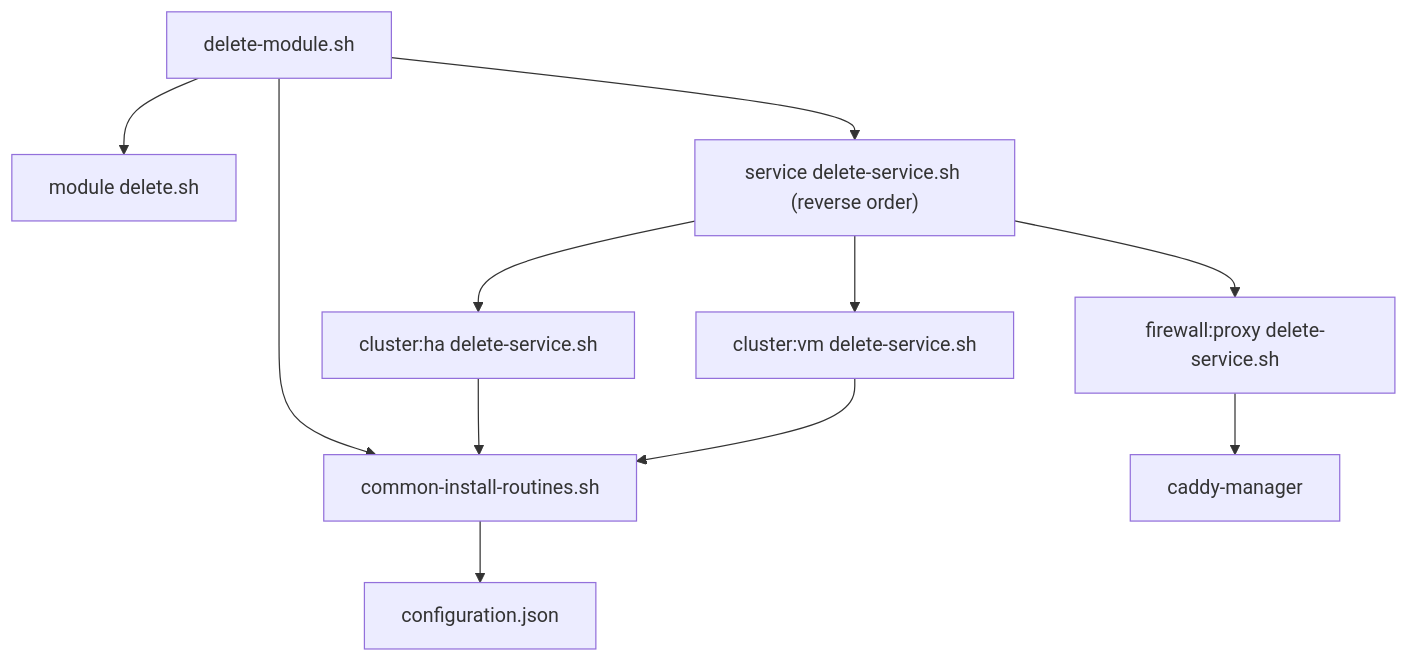
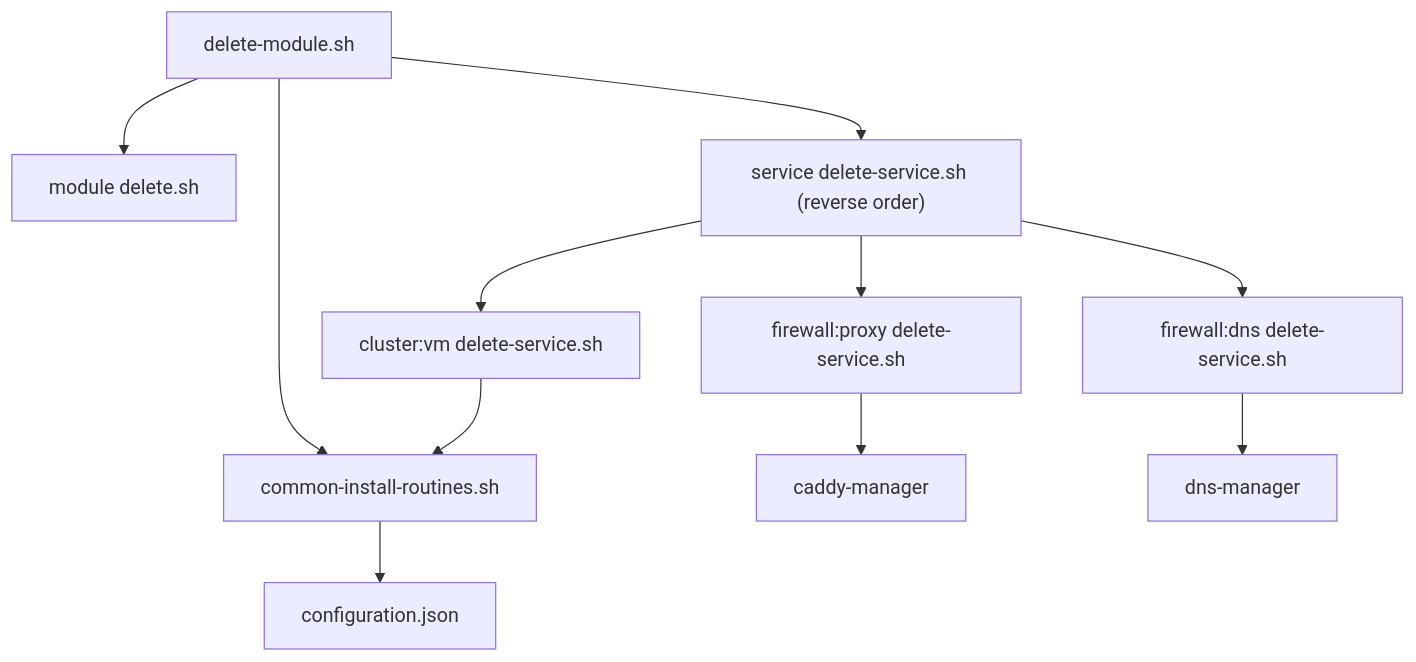
One commit to TAPPaaS/TAPPaaS changed the third of 14 diagrams in src/foundation/DEPENDENCIES.md. Above: the diagram before and after it, drawn with Mermaid. The commit also changed other lines of this file and 3 other files, not shown here.

Commit message:
updated dependency graphs

````diff
--- a/src/foundation/DEPENDENCIES.md
+++ b/src/foundation/DEPENDENCIES.md
@@ -199,13 +226,13 @@
 ```mermaid
 graph TD
     A["delete-module.sh"] --> B["common-install-routines.sh"]
     A --> C["module delete.sh"]
     A --> D["service delete-service.sh (reverse order)"]
     D --> E["firewall:proxy delete-service.sh"]
     E --> F["caddy-manager"]
-    D --> G["cluster:ha delete-service.sh"]
-    G --> B
+    D --> P["firewall:dns delete-service.sh"]
+    P --> Q["dns-manager"]
     D --> H["cluster:vm delete-service.sh"]
     H --> B
     B --> I["configuration.json"]
 ```
````
